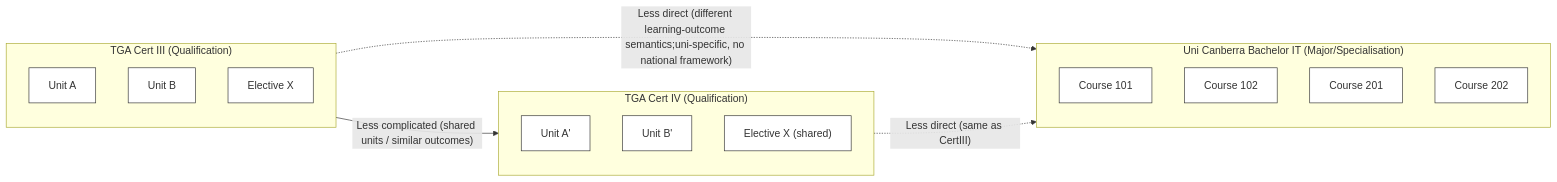
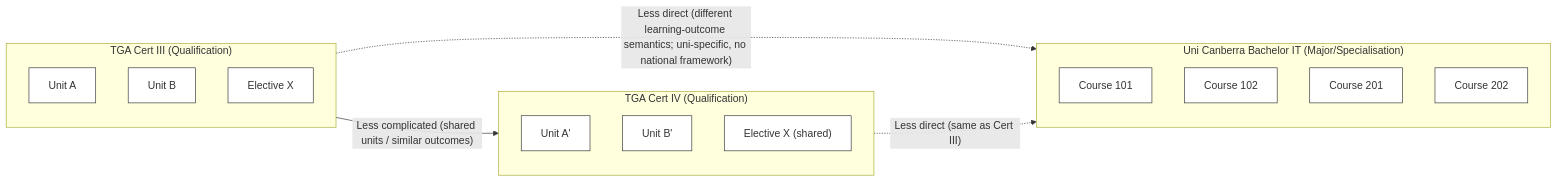
Before and after one commit to leskneebone/skills-SPARQL: the first of 3 diagrams in reports/creditTransferModels.md, drawn with Mermaid.

````diff
--- a/reports/creditTransferModels.md
+++ b/reports/creditTransferModels.md
@@ -1,29 +1,32 @@
 ```mermaid
 flowchart LR
   %% Diagram 1 — direct mappings (VET↔VET easier than VET↔HE)
+
   subgraph CertIII["TGA Cert III (Qualification)"]
-   direction TB
+    direction TB
     C3a["Unit A"]:::unit
     C3b["Unit B"]:::unit
     C3d["Elective X"]:::unit
   end
 
   subgraph CertIV["TGA Cert IV (Qualification)"]
+    direction TB
     C4a["Unit A'"]:::unit
     C4b["Unit B'"]:::unit
     C4x["Elective X (shared)"]:::unit
   end
 
   subgraph UCBIT["Uni Canberra Bachelor IT (Major/Specialisation)"]
+    direction TB
     UC1["Course 101"]:::unit
     UC2["Course 102"]:::unit
     UC3["Course 201"]:::unit
     UC4["Course 202"]:::unit
   end
 
   CertIII -- "Less complicated (shared units / similar outcomes)" --> CertIV
-  CertIII -. "Less direct (different learning-outcome semantics;uni-specific, no national framework)" .-> UCBIT
-  CertIV  -. "Less direct (same as CertIII)" .-> UCBIT
+  CertIII -. "Less direct (different learning-outcome semantics; uni-specific, no national framework)" .-> UCBIT
+  CertIV  -. "Less direct (same as Cert III)" .-> UCBIT
 
   classDef unit fill:#fff,stroke:#333,stroke-width:1px;
 ```
````
